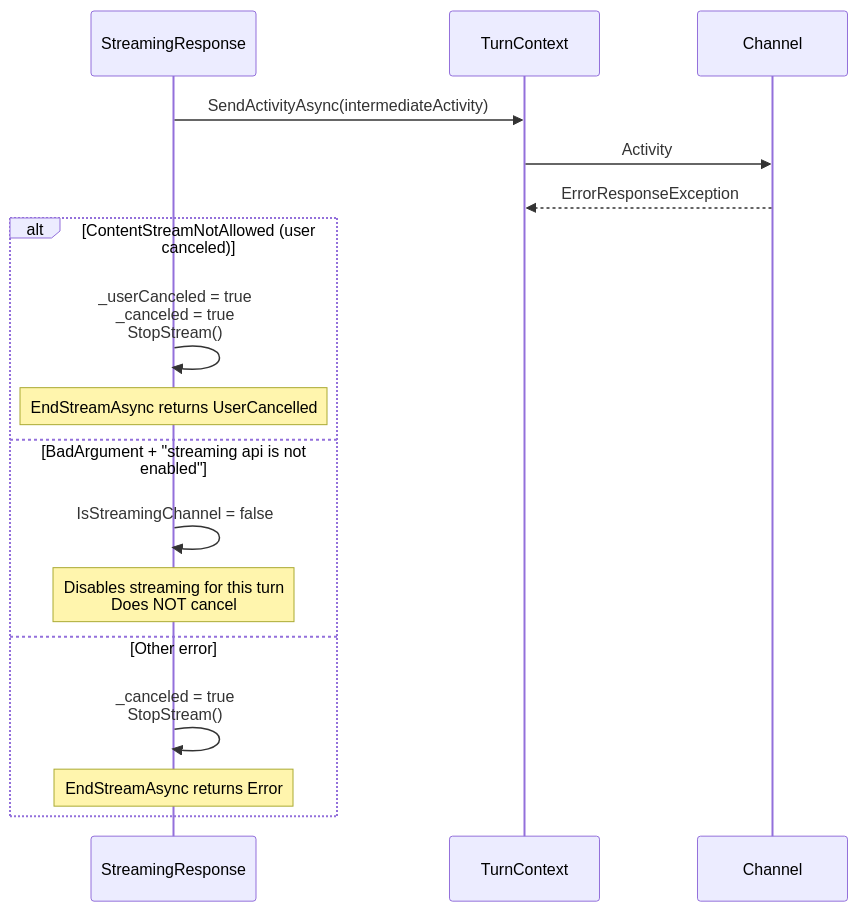
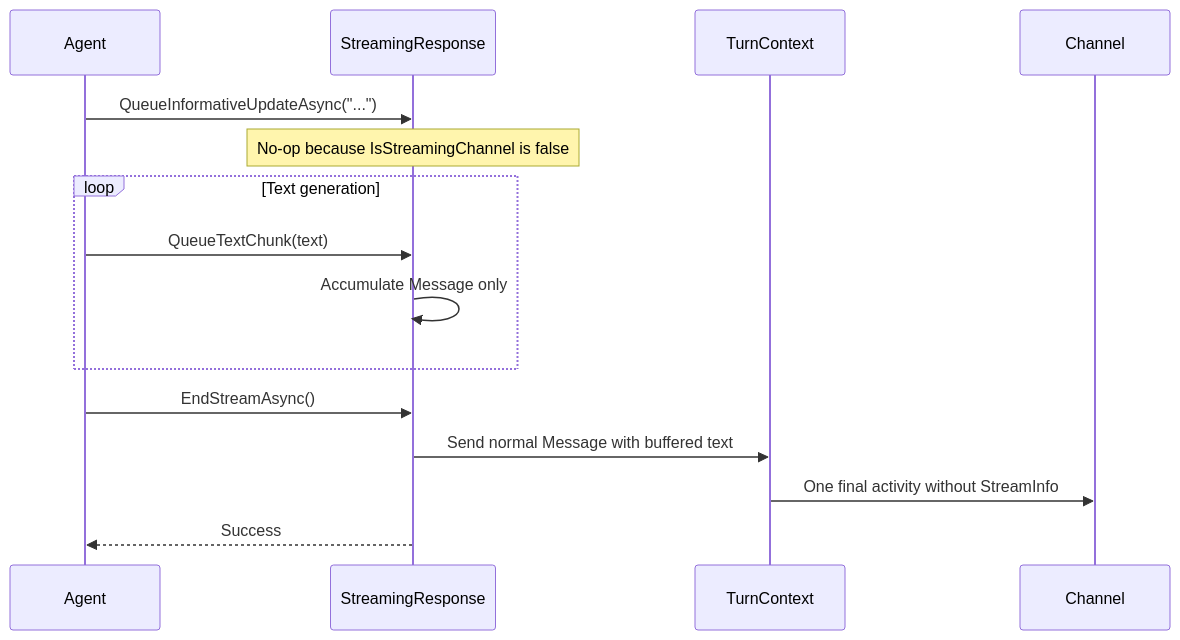
One commit to microsoft/Agents-for-net changed the seventh of 7 diagrams in docs/streaming-response-sequence-diagram.md. Above: the diagram before and after it, drawn with Mermaid. The commit also changed other lines of this file, not shown here.

Commit message:
Updated streaming response sequence diagram

````diff
--- a/docs/streaming-response-sequence-diagram.md
+++ b/docs/streaming-response-sequence-diagram.md
@@ -119,21 +267,20 @@
 ```mermaid
 sequenceDiagram
-    participant StreamingResponse
-    participant TurnContext
+    participant Agent
+    participant Response as StreamingResponse
+    participant Context as TurnContext
     participant Channel
 
-    StreamingResponse->>TurnContext: SendActivityAsync(intermediateActivity)
-    TurnContext->>Channel: Activity
-    Channel-->>TurnContext: ErrorResponseException
+    Agent->>Response: QueueInformativeUpdateAsync("...")
+    Note over Response: No-op because IsStreamingChannel is false
 
-    alt ContentStreamNotAllowed (user canceled)
-        StreamingResponse->>StreamingResponse: _userCanceled = true<br/>_canceled = true<br/>StopStream()
-        Note over StreamingResponse: EndStreamAsync returns UserCancelled
-    else BadArgument + "streaming api is not enabled"
-        StreamingResponse->>StreamingResponse: IsStreamingChannel = false
-        Note over StreamingResponse: Disables streaming for this turn<br/>Does NOT cancel
-    else Other error
-        StreamingResponse->>StreamingResponse: _canceled = true<br/>StopStream()
-        Note over StreamingResponse: EndStreamAsync returns Error
+    loop Text generation
+        Agent->>Response: QueueTextChunk(text)
+        Response->>Response: Accumulate Message only
     end
+
+    Agent->>Response: EndStreamAsync()
+    Response->>Context: Send normal Message with buffered text
+    Context->>Channel: One final activity without StreamInfo
+    Response-->>Agent: Success
 ```
````
